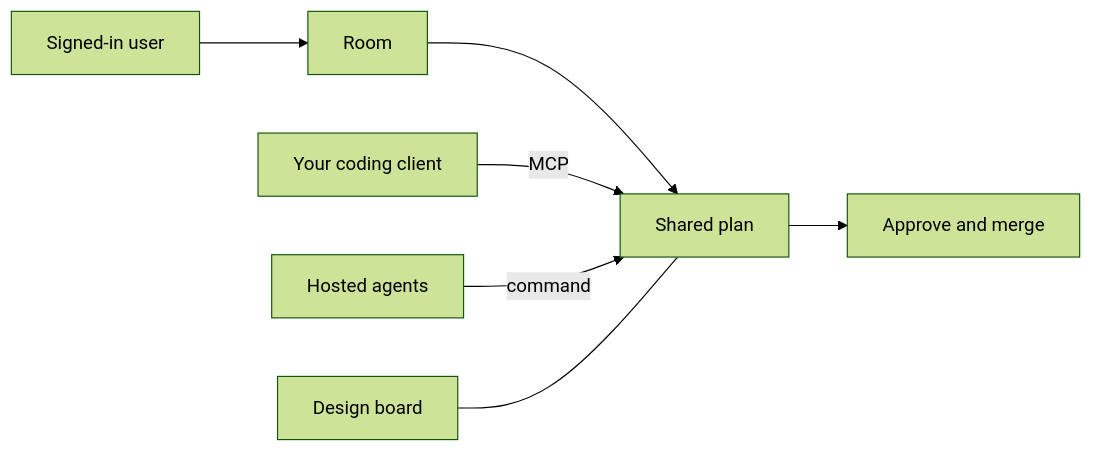
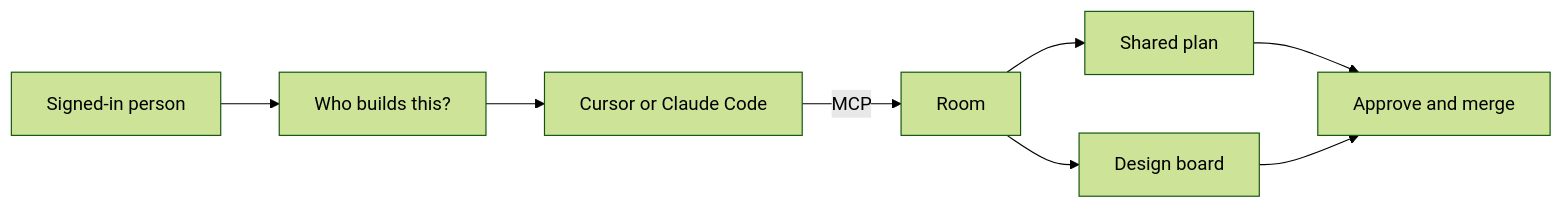
One commit to DogukanGun/colag changed the first of 3 diagrams in README.md. Above: the diagram before and after it, drawn with Mermaid (forest theme). The commit also changed other lines of this file and 9 other files, not shown here.

````diff
--- a/README.md
+++ b/README.md
@@ -17,17 +42,18 @@
 ```mermaid
 flowchart LR
-  user[Signed-in user]
+  user[Signed-in person]
+  gate[Who builds this?]
+  client[Cursor or Claude Code]
   room[Room]
   plan[Shared plan]
-  client[Your coding client]
-  agents[Hosted agents]
   board[Design board]
   review[Approve and merge]
 
-  user --> room
+  user --> gate
+  gate --> client
+  client -->|MCP| room
   room --> plan
-  client -->|MCP| plan
-  agents -->|command| plan
-  board --- plan
+  room --> board
   plan --> review
+  board --> review
 ```
````
